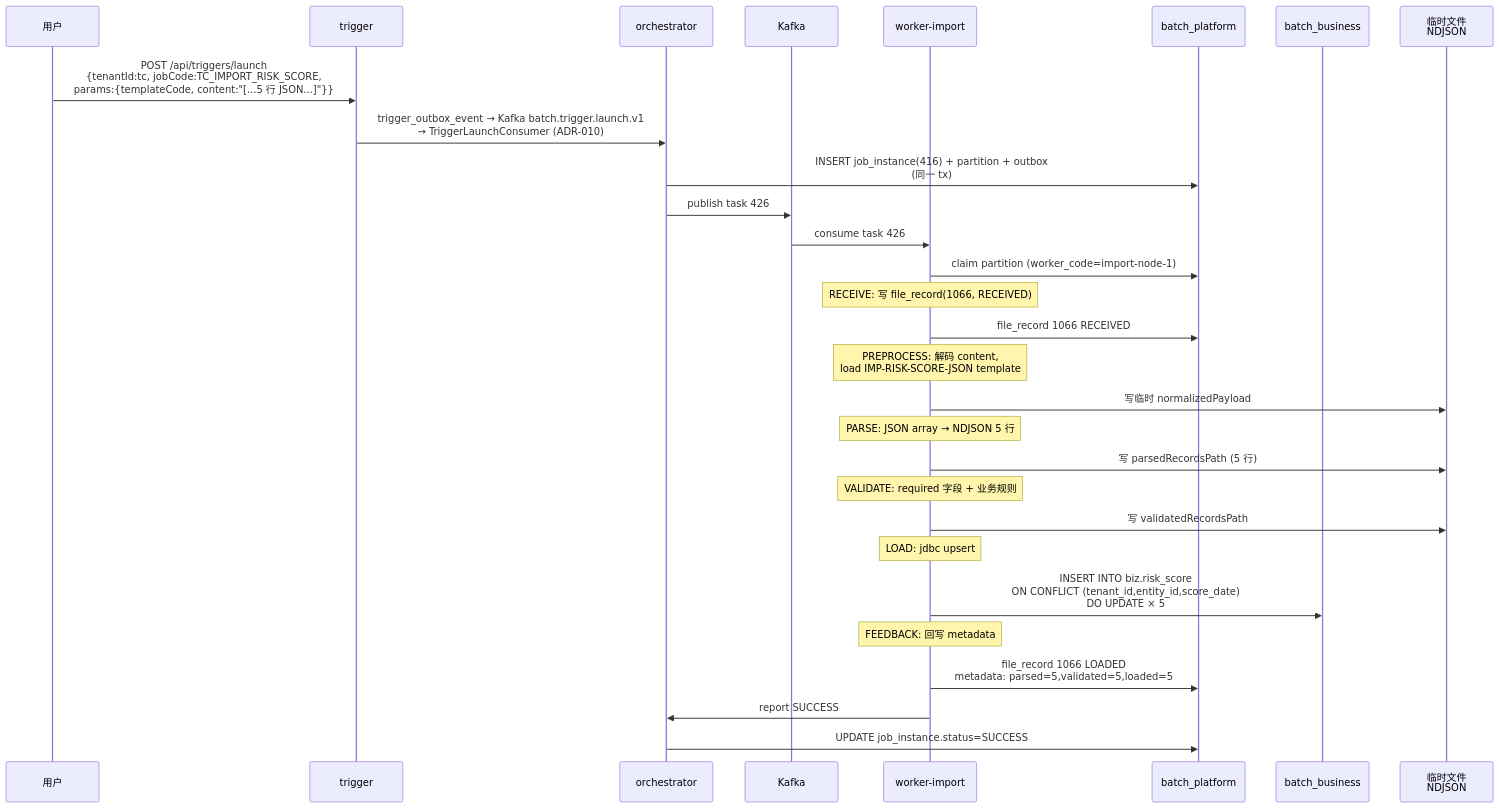
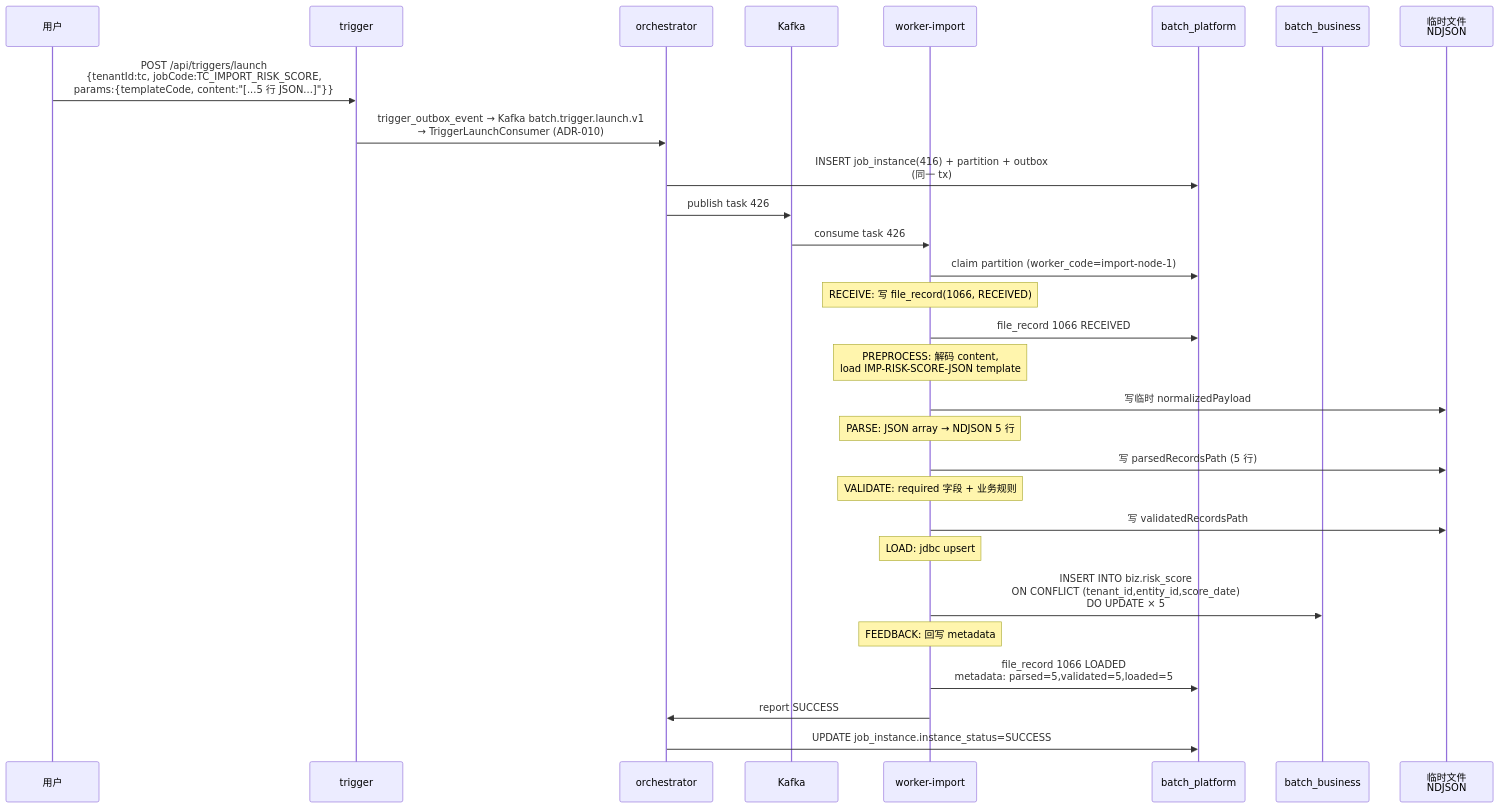
One commit to pinpols/file-batch-system changed diagram 14 of 20 in docs/architecture/system-flow-overview.md. Above: the diagram before and after it, drawn with Mermaid. The commit also changed other lines of this file and 29 other files, not shown here.

````diff
--- a/docs/architecture/system-flow-overview.md
+++ b/docs/architecture/system-flow-overview.md
@@ -901,32 +901,32 @@
 ```mermaid
 sequenceDiagram
     participant U as 用户
     participant T as trigger
     participant O as orchestrator
     participant K as Kafka
     participant I as worker-import
     participant DB as batch_platform
     participant BIZ as batch_business
     participant FS as 临时文件<br/>NDJSON
 
     U->>T: POST /api/triggers/launch<br/>{tenantId:tc, jobCode:TC_IMPORT_RISK_SCORE,<br/> params:{templateCode, content:"[...5 行 JSON...]"}}
     T->>O: trigger_outbox_event → Kafka batch.trigger.launch.v1<br/>→ TriggerLaunchConsumer (ADR-010)
     O->>DB: INSERT job_instance(416) + partition + outbox<br/>(同一 tx)
     O->>K: publish task 426
     K->>I: consume task 426
     I->>DB: claim partition (worker_code=import-node-1)
     Note over I: RECEIVE: 写 file_record(1066, RECEIVED)
     I->>DB: file_record 1066 RECEIVED
     Note over I: PREPROCESS: 解码 content,<br/>load IMP-RISK-SCORE-JSON template
     I->>FS: 写临时 normalizedPayload
     Note over I: PARSE: JSON array → NDJSON 5 行
     I->>FS: 写 parsedRecordsPath (5 行)
     Note over I: VALIDATE: required 字段 + 业务规则
     I->>FS: 写 validatedRecordsPath
     Note over I: LOAD: jdbc upsert
     I->>BIZ: INSERT INTO biz.risk_score<br/>ON CONFLICT (tenant_id,entity_id,score_date)<br/>DO UPDATE × 5
     Note over I: FEEDBACK: 回写 metadata
     I->>DB: file_record 1066 LOADED<br/>metadata: parsed=5,validated=5,loaded=5
     I->>O: report SUCCESS
-    O->>DB: UPDATE job_instance.status=SUCCESS
+    O->>DB: UPDATE job_instance.instance_status=SUCCESS
 ```
````
